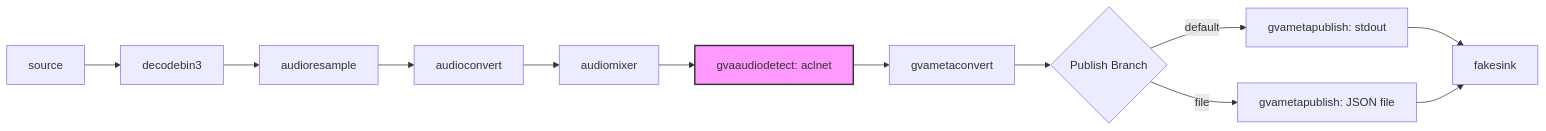
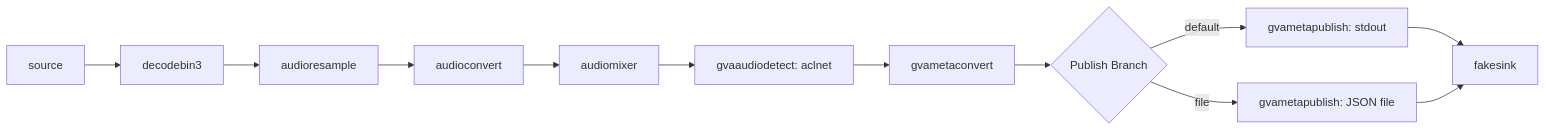
One commit to open-edge-platform/dlstreamer changed the diagram in samples/windows/gstreamer/gst_launch/audio_detect/README.md. Above: the diagram before and after it, drawn with Mermaid. The commit also changed 3 other files, not shown here.

Commit message:
remove the color in diagrams

````diff
--- a/samples/windows/gstreamer/gst_launch/audio_detect/README.md
+++ b/samples/windows/gstreamer/gst_launch/audio_detect/README.md
@@ -21,17 +21,15 @@
 ```mermaid
 graph LR
     A[source] --> B[decodebin3]
     B --> C[audioresample]
     C --> D[audioconvert]
     D --> E[audiomixer]
     E --> F[gvaaudiodetect: aclnet]
     F --> G[gvametaconvert]
     G --> H{Publish Branch}
 
     H -->|default| I[gvametapublish: stdout]
     H -->|file| J[gvametapublish: JSON file]
     I --> K[fakesink]
     J --> K
-
-    style F fill:#f9f,stroke:#333,stroke-width:2px
 ```
````
